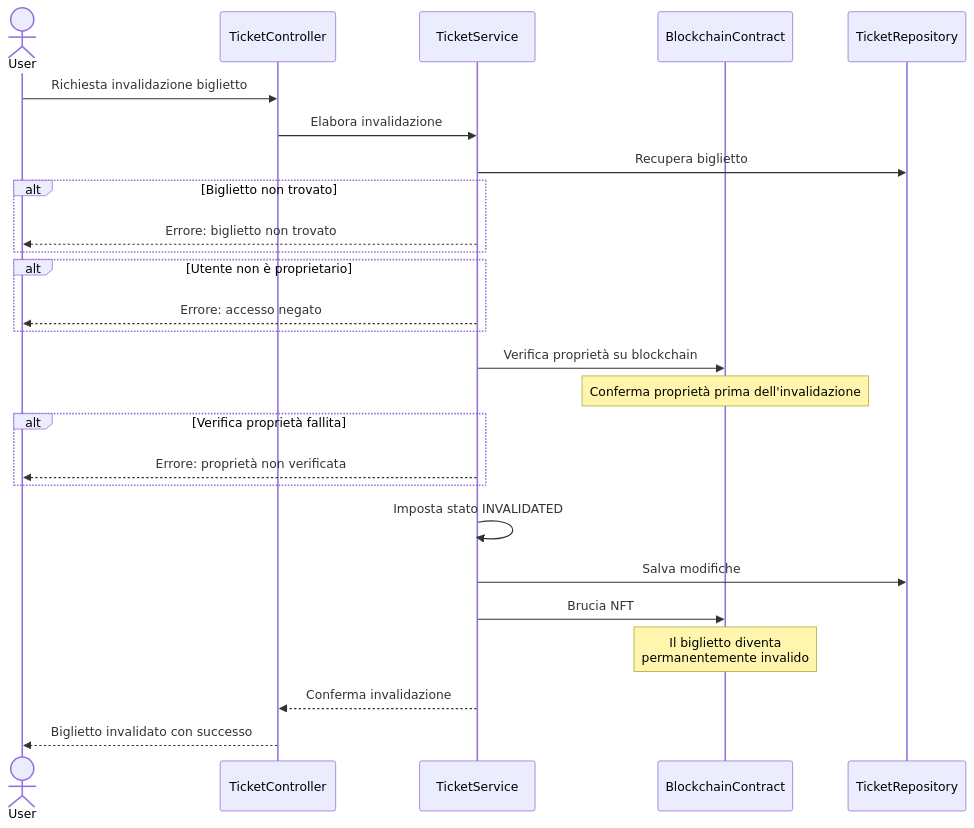
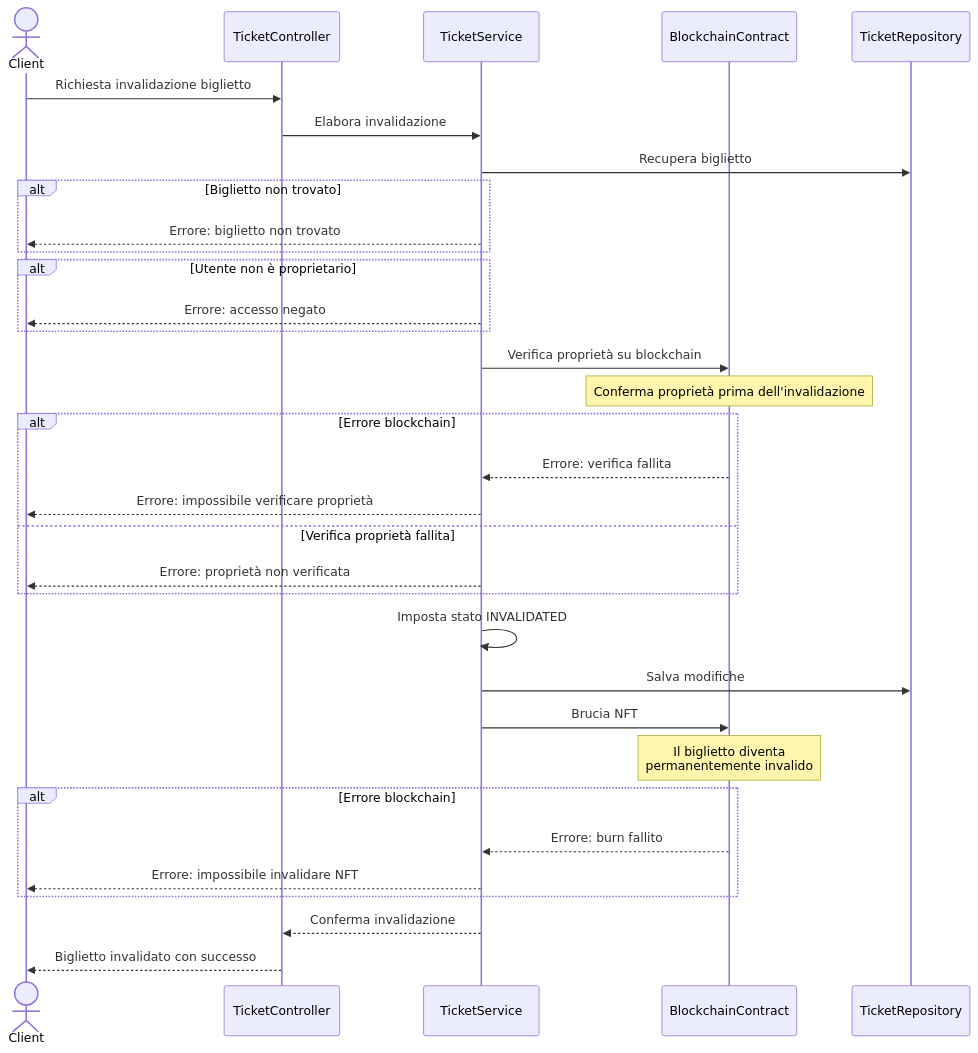
One commit to s-lusito/TicketBlock-Ing_Sw changed the diagram in docs/sequence-ticket-invalidation.md. Above: the diagram before and after it, drawn with Mermaid. The commit also changed 14 other files, not shown here.

Commit message:
Update diagrams: Client actor, blockchain errors, and add frontend class diagram

````diff
--- a/docs/sequence-ticket-invalidation.md
+++ b/docs/sequence-ticket-invalidation.md
@@ -5,37 +5,43 @@
 ```mermaid
 sequenceDiagram
-    actor User
+    actor Client
     participant TicketController
     participant TicketService
     participant BlockchainContract
     participant TicketRepository
 
-    User->>TicketController: Richiesta invalidazione biglietto
+    Client->>TicketController: Richiesta invalidazione biglietto
     TicketController->>TicketService: Elabora invalidazione
     
     TicketService->>TicketRepository: Recupera biglietto
     
     alt Biglietto non trovato
-        TicketService-->>User: Errore: biglietto non trovato
+        TicketService-->>Client: Errore: biglietto non trovato
     end
     
     alt Utente non è proprietario
-        TicketService-->>User: Errore: accesso negato
+        TicketService-->>Client: Errore: accesso negato
     end
     
     TicketService->>BlockchainContract: Verifica proprietà su blockchain
     Note over BlockchainContract: Conferma proprietà prima dell'invalidazione
-    
-    alt Verifica proprietà fallita
-        TicketService-->>User: Errore: proprietà non verificata
+    alt Errore blockchain
+        BlockchainContract-->>TicketService: Errore: verifica fallita
+        TicketService-->>Client: Errore: impossibile verificare proprietà
+    else Verifica proprietà fallita
+        TicketService-->>Client: Errore: proprietà non verificata
     end
     
     TicketService->>TicketService: Imposta stato INVALIDATED
     TicketService->>TicketRepository: Salva modifiche
     
     TicketService->>BlockchainContract: Brucia NFT
     Note over BlockchainContract: Il biglietto diventa<br/>permanentemente invalido
+    alt Errore blockchain
+        BlockchainContract-->>TicketService: Errore: burn fallito
+        TicketService-->>Client: Errore: impossibile invalidare NFT
+    end
     
     TicketService-->>TicketController: Conferma invalidazione
-    TicketController-->>User: Biglietto invalidato con successo
+    TicketController-->>Client: Biglietto invalidato con successo
 ```
````
